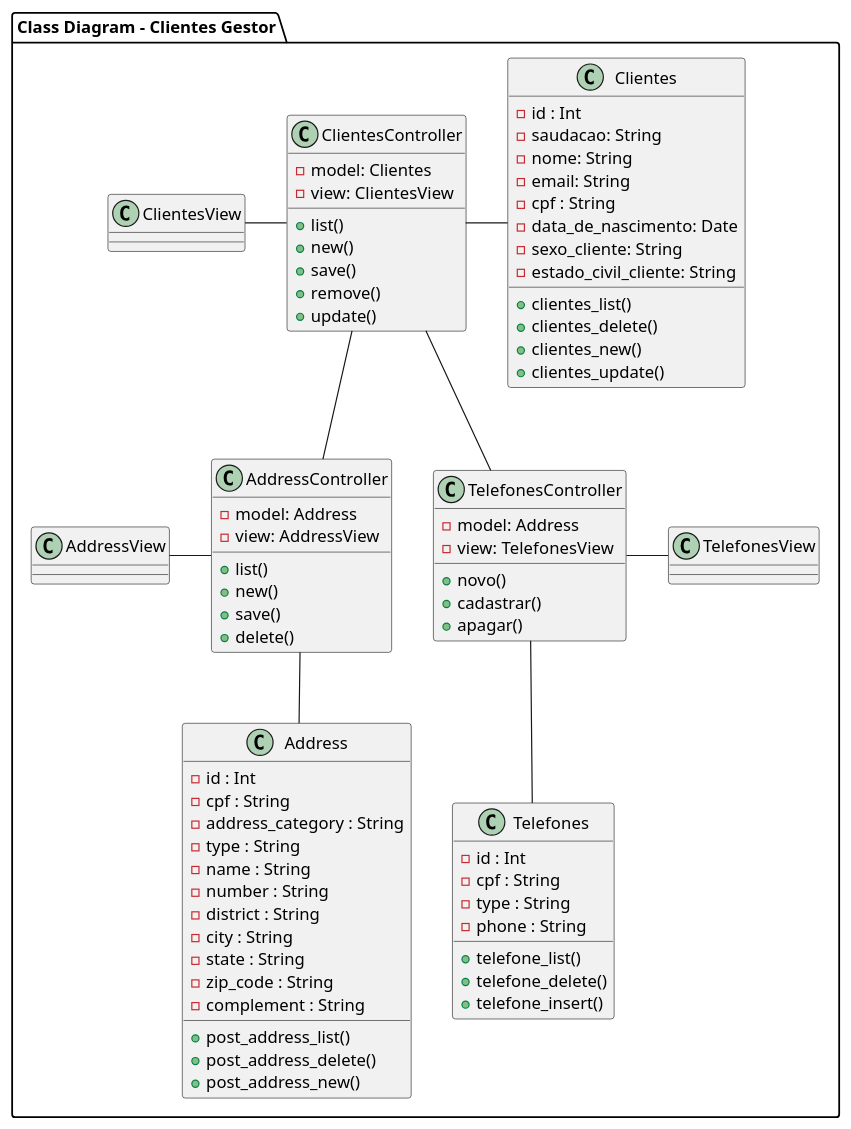
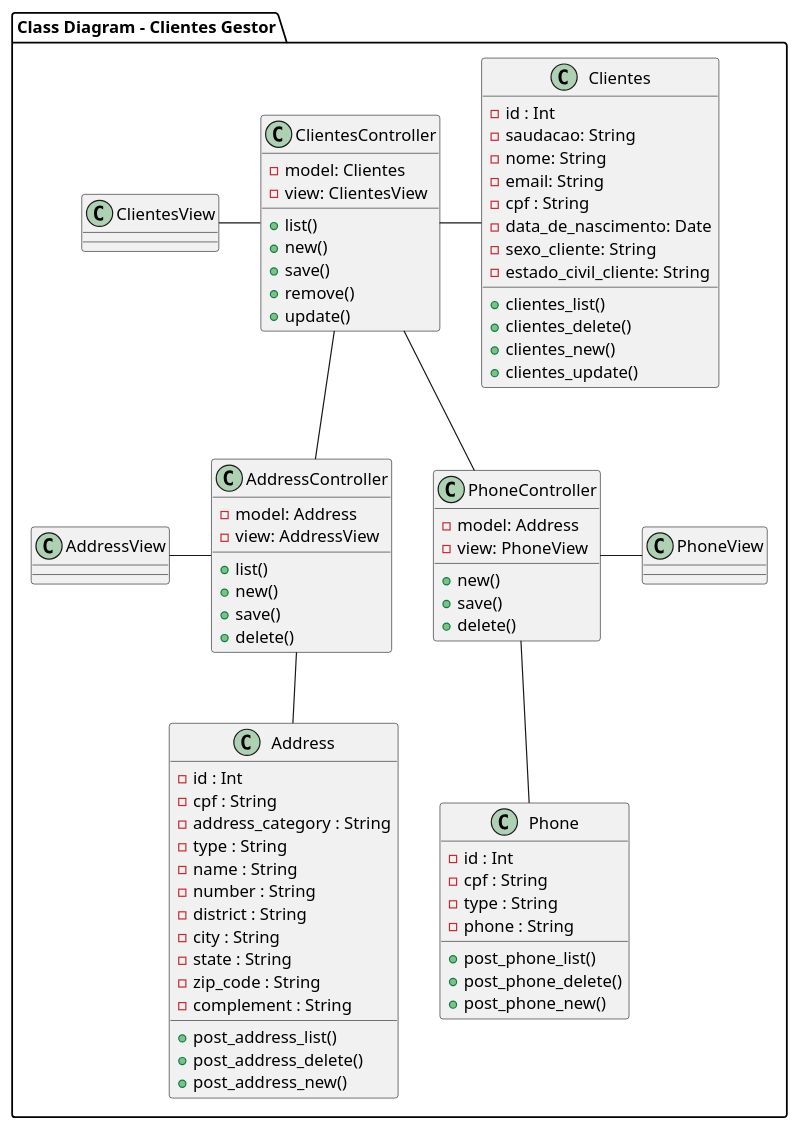
Before and after one commit to douglascarlos-dev/Clientes-Gestor: the diagram in modelagem/diagrama_de_classe.plantuml, drawn with PlantUML. The commit also changed 2 other files, not shown here.

```diff
--- a/modelagem/diagrama_de_classe.plantuml
+++ b/modelagem/diagrama_de_classe.plantuml
@@ -1,88 +1,88 @@
 @startuml Class Diagram
 
 package "Class Diagram - Clientes Gestor" {
 
 ClientesController -left- ClientesView
 ClientesController -right- Clientes
 ClientesController -- AddressController
-ClientesController -- TelefonesController
+ClientesController -- PhoneController
 
 AddressController -left- AddressView
 AddressController -- Address
 
-TelefonesController -right- TelefonesView
-TelefonesController -- Telefones
+PhoneController -right- PhoneView
+PhoneController -- Phone
 
 class ClientesController {
     -model: Clientes
     -view: ClientesView
     +list()
     +new()
     +save()
     +remove()
     +update()
 }
 
 class Clientes {
     -id : Int
     -saudacao: String
     -nome: String
     -email: String
     -cpf : String
     -data_de_nascimento: Date
     -sexo_cliente: String
     -estado_civil_cliente: String
     +clientes_list()
     +clientes_delete()
     +clientes_new()
     +clientes_update()
 }
 
 class AddressController {
     -model: Address
     -view: AddressView
     +list()
     +new()
     +save()
     +delete()
 }
 
-class TelefonesController {
+class PhoneController {
     -model: Address
-    -view: TelefonesView
-    +novo()
-    +cadastrar()
-    +apagar()
+    -view: PhoneView
+    +new()
+    +save()
+    +delete()
 }
 
 class Address {
     -id : Int
     -cpf : String
     -address_category : String
     -type : String
     -name : String
     -number : String
     -district : String
     -city : String
     -state : String
     -zip_code : String
     -complement : String
     +post_address_list()
     +post_address_delete()
     +post_address_new()
 }
 
-class Telefones {
+class Phone {
     -id : Int
     -cpf : String
     -type : String
     -phone : String
-    +telefone_list()
-    +telefone_delete()
-    +telefone_insert()
+    +post_phone_list()
+    +post_phone_delete()
+    +post_phone_new()
 }
 
 class AddressView {
 }
 
 @enduml
```
